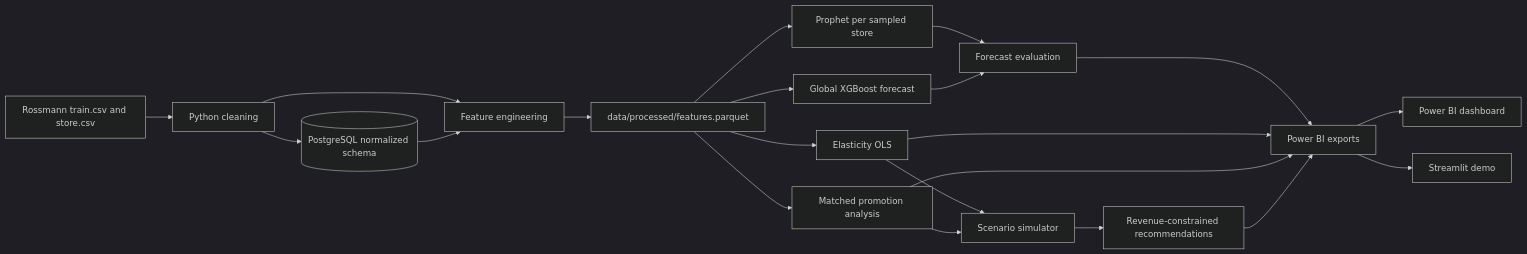
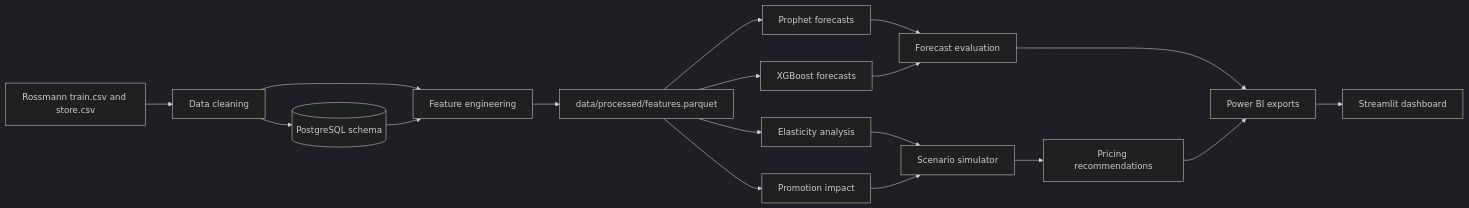
Before and after one commit to Aakanshak/Project_03_DA: the diagram in README.md, drawn with Mermaid (dark theme). The commit also changed other lines of this file and 7 other files, not shown here.

````diff
--- a/README.md
+++ b/README.md
@@ -38,23 +24,20 @@
 ```mermaid
 flowchart LR
-    A[Rossmann train.csv and store.csv] --> B[Python cleaning]
-    B --> C[(PostgreSQL normalized schema)]
+    A[Rossmann train.csv and store.csv] --> B[Data cleaning]
+    B --> C[(PostgreSQL schema)]
     B --> D[Feature engineering]
     C --> D
     D --> E[data/processed/features.parquet]
-    E --> F[Prophet per sampled store]
-    E --> G[Global XGBoost forecast]
+    E --> F[Prophet forecasts]
+    E --> G[XGBoost forecasts]
     F --> H[Forecast evaluation]
     G --> H
-    E --> I[Elasticity OLS]
-    E --> J[Matched promotion analysis]
+    E --> I[Elasticity analysis]
+    E --> J[Promotion impact]
     I --> K[Scenario simulator]
     J --> K
-    K --> L[Revenue-constrained recommendations]
+    K --> L[Pricing recommendations]
     H --> M[Power BI exports]
-    I --> M
-    J --> M
     L --> M
-    M --> N[Power BI dashboard]
-    M --> O[Streamlit demo]
+    M --> N[Streamlit dashboard]
 ```
````
